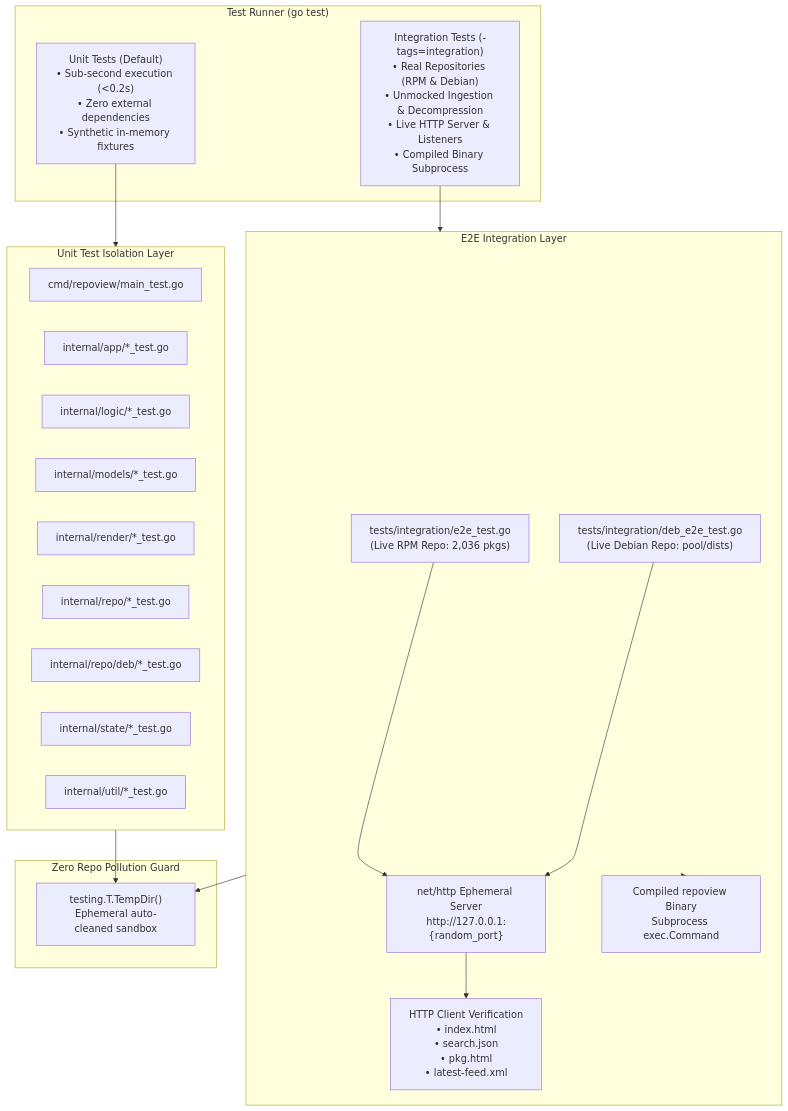
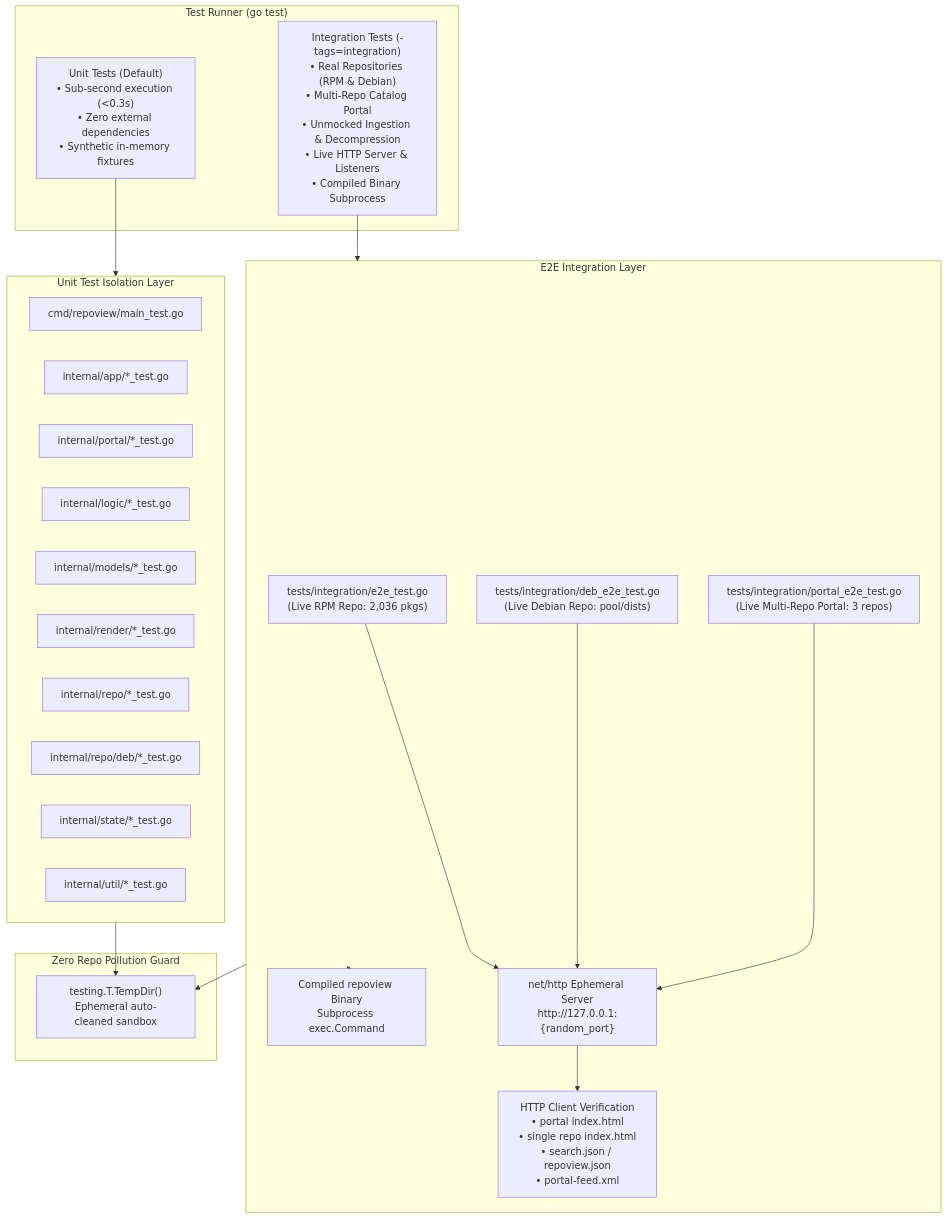
The first of 2 diagrams in TESTING.md (edsilegxrepo/repoview-go), drawn with Mermaid before and after one commit. The commit also changed other lines of this file and 33 other files, not shown here.

````diff
--- a/TESTING.md
+++ b/TESTING.md
@@ -51,40 +54,43 @@
 ```mermaid
 flowchart TB
     subgraph TestExecution["Test Runner (go test)"]
-        UT["Unit Tests (Default)\n• Sub-second execution (&lt;0.2s)\n• Zero external dependencies\n• Synthetic in-memory fixtures"]
-        IT["Integration Tests (-tags=integration)\n• Real Repositories (RPM &amp; Debian)\n• Unmocked Ingestion &amp; Decompression\n• Live HTTP Server &amp; Listeners\n• Compiled Binary Subprocess"]
+        UT["Unit Tests (Default)\n• Sub-second execution (&lt;0.3s)\n• Zero external dependencies\n• Synthetic in-memory fixtures"]
+        IT["Integration Tests (-tags=integration)\n• Real Repositories (RPM &amp; Debian)\n• Multi-Repo Catalog Portal\n• Unmocked Ingestion &amp; Decompression\n• Live HTTP Server &amp; Listeners\n• Compiled Binary Subprocess"]
     end
 
     subgraph UnitLayer["Unit Test Isolation Layer"]
         CLI_T["cmd/repoview/main_test.go"]
         APP_T["internal/app/*_test.go"]
+        PORTAL_T["internal/portal/*_test.go"]
         LOGIC_T["internal/logic/*_test.go"]
         MODELS_T["internal/models/*_test.go"]
         RENDER_T["internal/render/*_test.go"]
         REPO_T["internal/repo/*_test.go"]
         DEB_T["internal/repo/deb/*_test.go"]
         STATE_T["internal/state/*_test.go"]
         UTIL_T["internal/util/*_test.go"]
     end
 
     subgraph IntegrationLayer["E2E Integration Layer"]
         RPM_E2E["tests/integration/e2e_test.go\n(Live RPM Repo: 2,036 pkgs)"]
         DEB_E2E["tests/integration/deb_e2e_test.go\n(Live Debian Repo: pool/dists)"]
+        PORTAL_E2E["tests/integration/portal_e2e_test.go\n(Live Multi-Repo Portal: 3 repos)"]
         EPHEMERAL_HTTP["net/http Ephemeral Server\nhttp://127.0.0.1:{random_port}"]
-        HTTP_CLIENT["HTTP Client Verification\n• index.html\n• search.json\n• pkg.html\n• latest-feed.xml"]
+        HTTP_CLIENT["HTTP Client Verification\n• portal index.html\n• single repo index.html\n• search.json / repoview.json\n• portal-feed.xml"]
         CLI_BIN["Compiled repoview Binary\nSubprocess exec.Command"]
     end
 
     subgraph Safety["Zero Repo Pollution Guard"]
         TDIR["testing.T.TempDir()\nEphemeral auto-cleaned sandbox"]
     end
 
     UT --> UnitLayer
     IT --> IntegrationLayer
 
     UnitLayer --> TDIR
     IntegrationLayer --> TDIR
     RPM_E2E --> EPHEMERAL_HTTP --> HTTP_CLIENT
     DEB_E2E --> EPHEMERAL_HTTP
+    PORTAL_E2E --> EPHEMERAL_HTTP
     IntegrationLayer --> CLI_BIN
 ```
````
